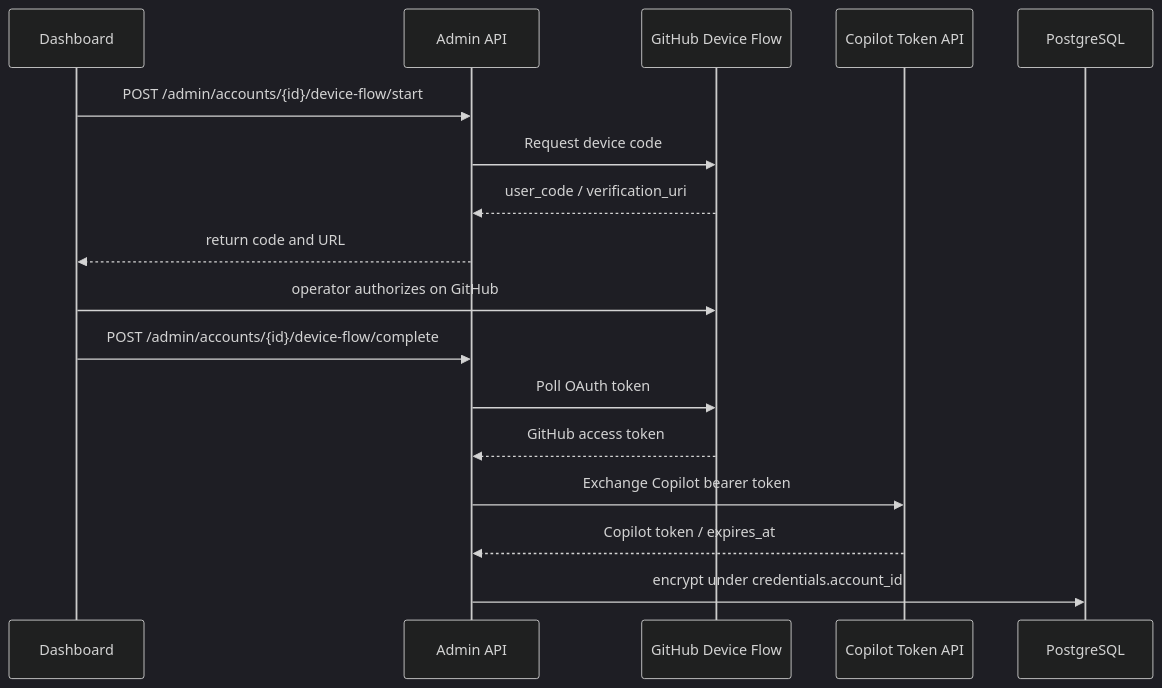
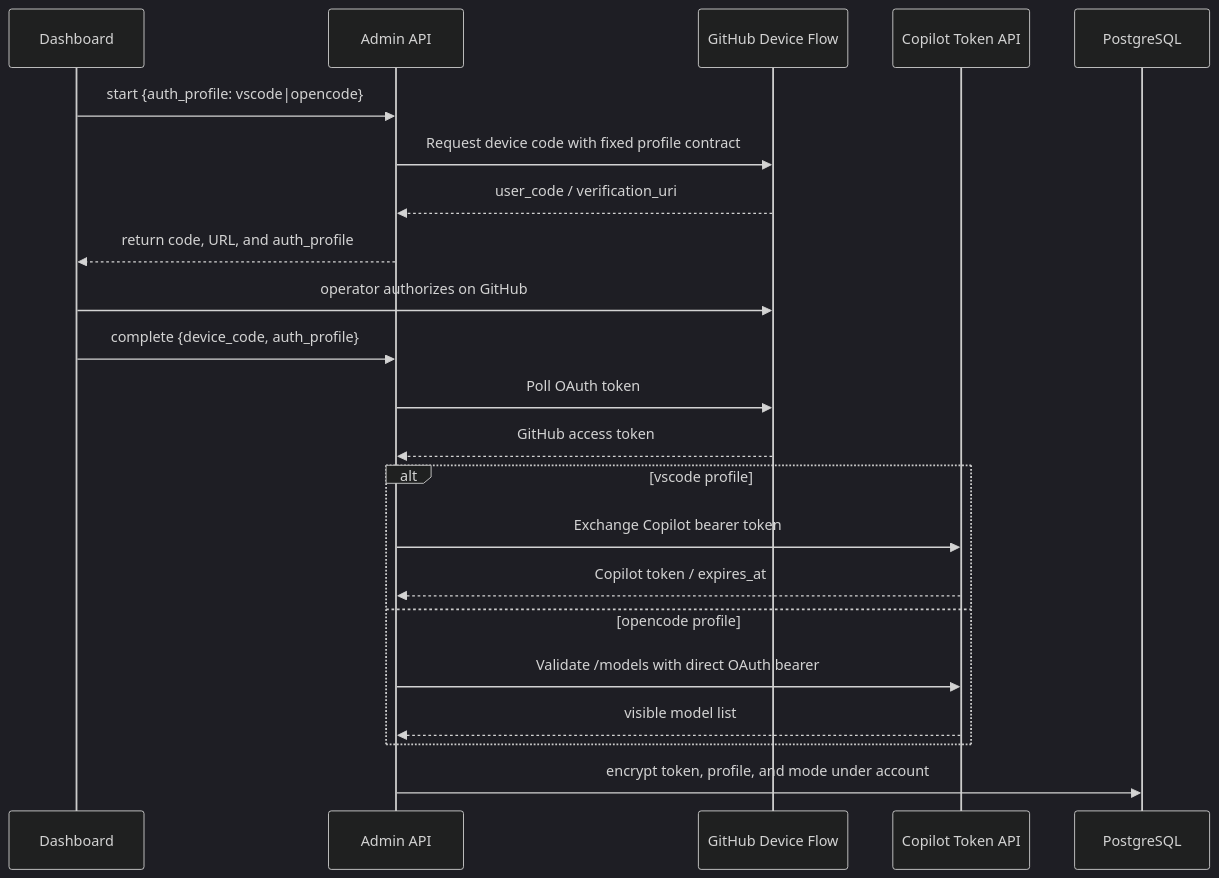
The fifth of 10 diagrams in docs/operations.en.md (pczhao1210/ghcp-pool-proxy), drawn with Mermaid (dark theme) before and after one commit. The commit also changed other lines of this file and 9 other files, not shown here.

````diff
--- a/docs/operations.en.md
+++ b/docs/operations.en.md
@@ -447,20 +448,25 @@
 ```mermaid
 sequenceDiagram
   participant D as Dashboard
   participant A as Admin API
   participant G as GitHub Device Flow
   participant C as Copilot Token API
   participant P as PostgreSQL
 
-  D->>A: POST /admin/accounts/{id}/device-flow/start
-  A->>G: Request device code
+  D->>A: start {auth_profile: vscode|opencode}
+  A->>G: Request device code with fixed profile contract
   G-->>A: user_code / verification_uri
-  A-->>D: return code and URL
+  A-->>D: return code, URL, and auth_profile
   D->>G: operator authorizes on GitHub
-  D->>A: POST /admin/accounts/{id}/device-flow/complete
+  D->>A: complete {device_code, auth_profile}
   A->>G: Poll OAuth token
   G-->>A: GitHub access token
-  A->>C: Exchange Copilot bearer token
-  C-->>A: Copilot token / expires_at
-  A->>P: encrypt under credentials.account_id
+  alt vscode profile
+    A->>C: Exchange Copilot bearer token
+    C-->>A: Copilot token / expires_at
+  else opencode profile
+    A->>C: Validate /models with direct OAuth bearer
+    C-->>A: visible model list
+  end
+  A->>P: encrypt token, profile, and mode under account
 ```
````
